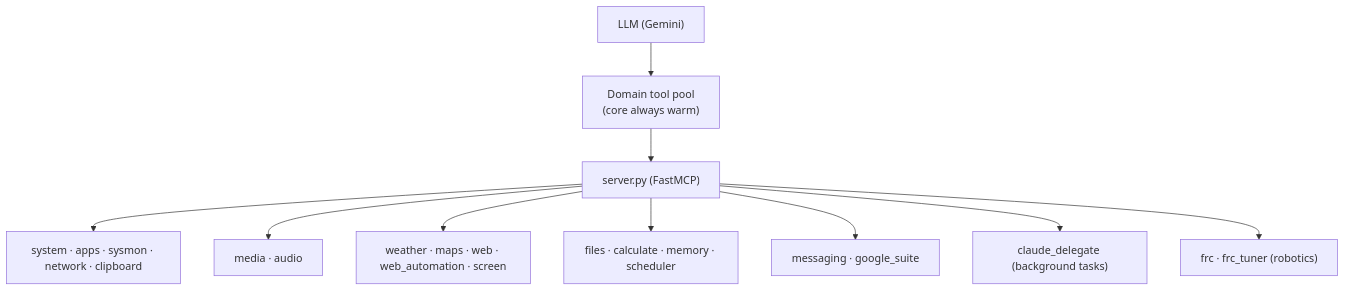
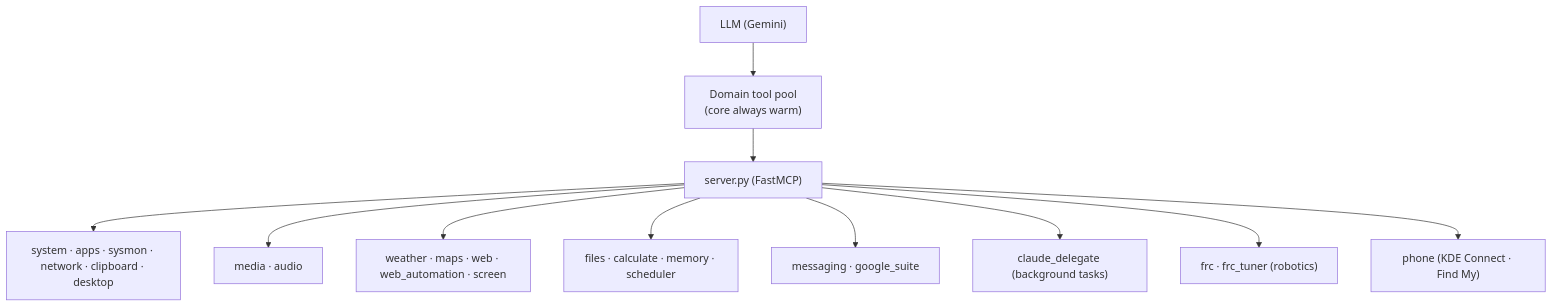
One commit to shivanshpayak/friday-tony-stark-demo changed the eighth of 10 diagrams in ARCHITECTURE.md. Above: the diagram before and after it, drawn with Mermaid. The commit also changed other lines of this file and 41 other files, not shown here.

````diff
--- a/ARCHITECTURE.md
+++ b/ARCHITECTURE.md
@@ -542,12 +615,13 @@
 ```mermaid
 flowchart TB
     LLM["LLM (Gemini)"] --> POOL["Domain tool pool<br/>(core always warm)"]
     POOL --> MCP["server.py (FastMCP)"]
-    MCP --> SYS["system · apps · sysmon · network · clipboard"]
+    MCP --> SYS["system · apps · sysmon · network · clipboard · desktop"]
     MCP --> MEDIA["media · audio"]
     MCP --> INFO["weather · maps · web · web_automation · screen"]
     MCP --> PROD["files · calculate · memory · scheduler"]
     MCP --> COMMS["messaging · google_suite"]
     MCP --> DELEG["claude_delegate (background tasks)"]
     MCP --> FRC["frc · frc_tuner (robotics)"]
+    MCP --> PHONE["phone (KDE Connect · Find My)"]
 ```
````
